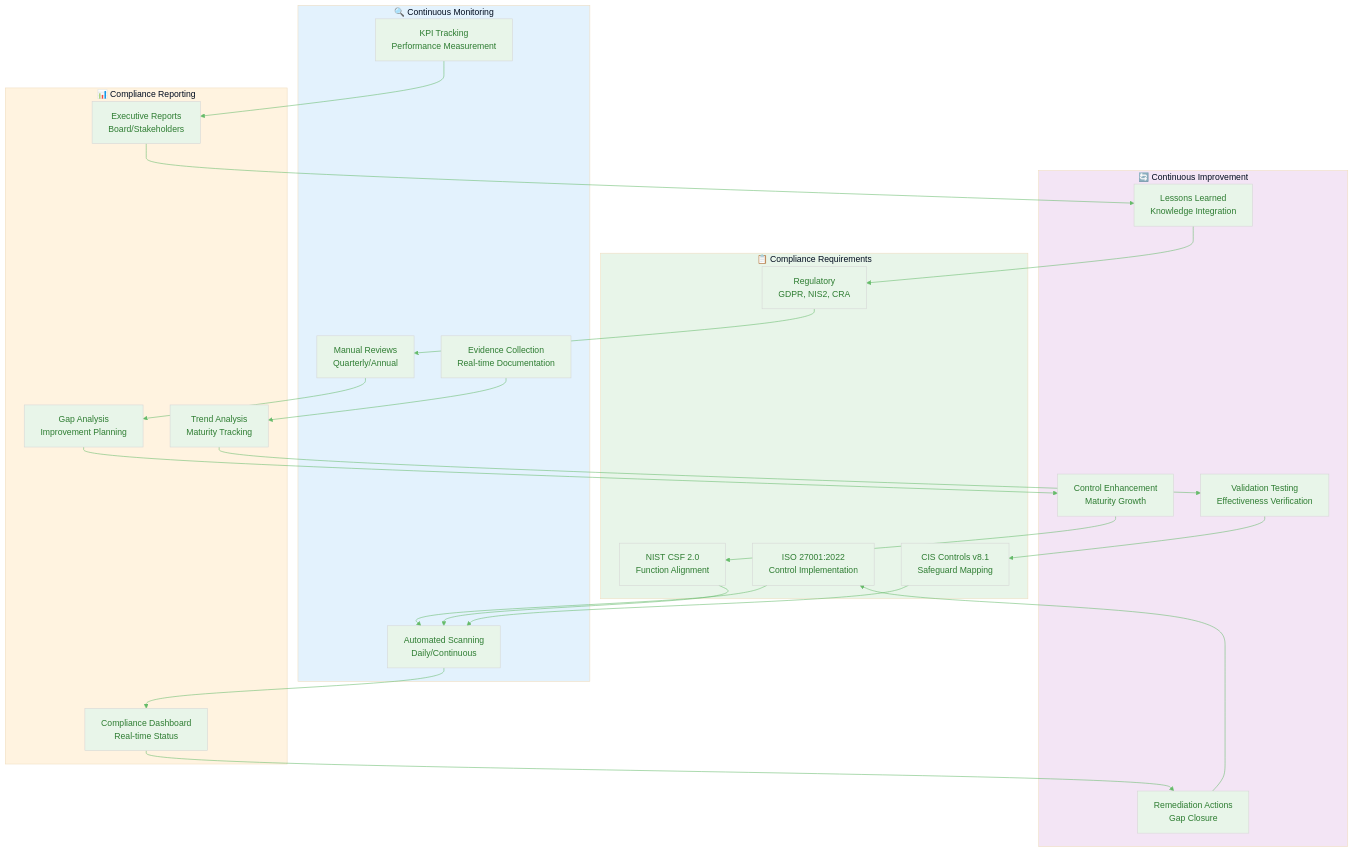
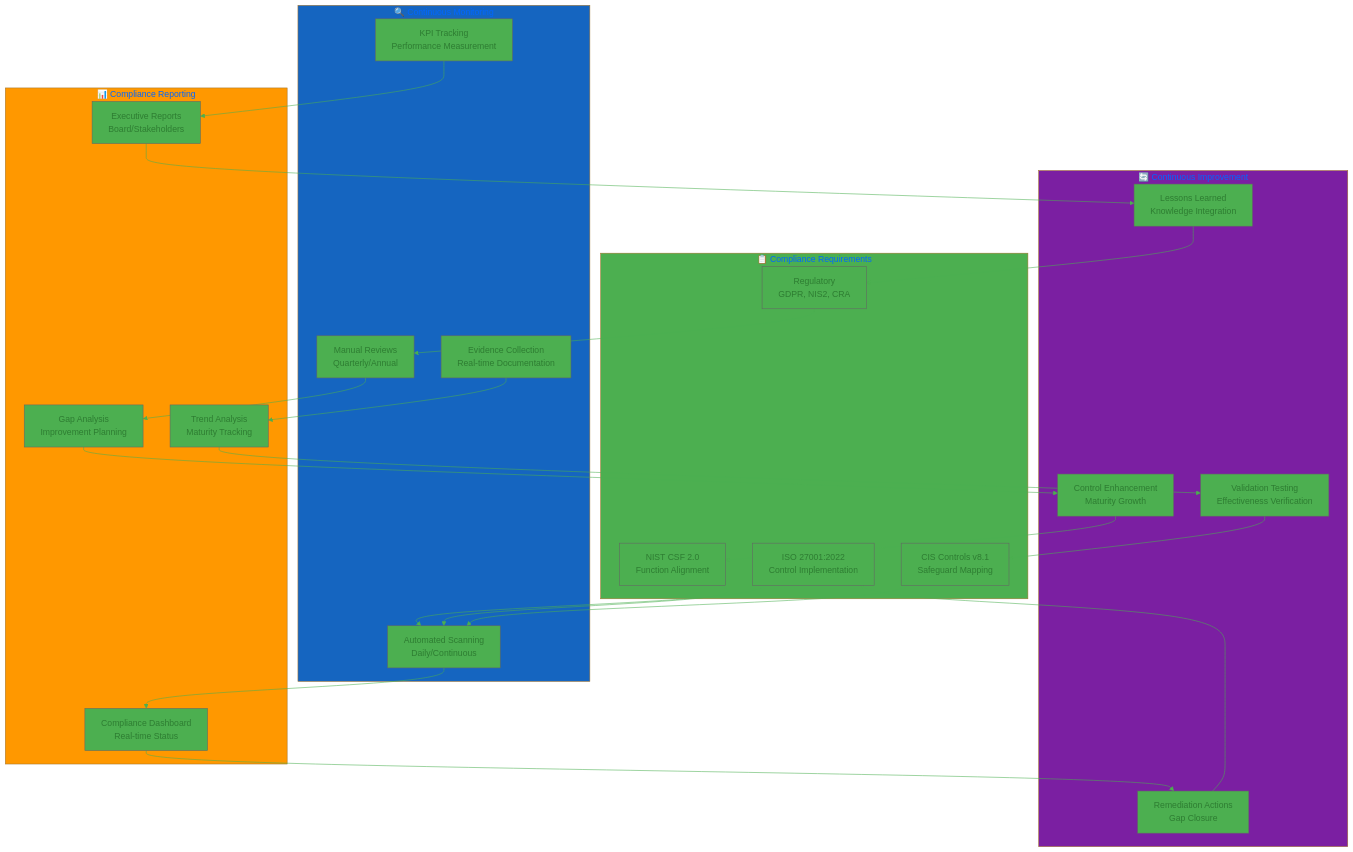
Before and after one commit to Hack23/ISMS-PUBLIC: the diagram in Security_Metrics.md, drawn with Mermaid. The commit also changed other lines of this file, not shown here.

````diff
--- a/Security_Metrics.md
+++ b/Security_Metrics.md
@@ -396,67 +577,67 @@
 ```mermaid
 %%{
   init: {
     'theme': 'base',
     'themeVariables': {
-      'primaryColor': '#e8f5e9',
+      'primaryColor': '#4CAF50',
       'primaryTextColor': '#2e7d32',
-      'lineColor': '#66bb6a',
-      'secondaryColor': '#e3f2fd',
-      'tertiaryColor': '#fff3e0'
+      'lineColor': '#4CAF50',
+      'secondaryColor': '#1565C0',
+      'tertiaryColor': '#FF9800'
     }
   }
 }%%
 flowchart TD
     subgraph REQUIREMENTS["📋 Compliance Requirements"]
         ISO[ISO 27001:2022<br/>Control Implementation]
         NIST[NIST CSF 2.0<br/>Function Alignment]
         CIS[CIS Controls v8.1<br/>Safeguard Mapping]
         REGULATORY[Regulatory<br/>GDPR, NIS2, CRA]
     end
     
     subgraph MONITORING["🔍 Continuous Monitoring"]
         AUTO[Automated Scanning<br/>Daily/Continuous]
         MANUAL[Manual Reviews<br/>Quarterly/Annual]
         EVIDENCE[Evidence Collection<br/>Real-time Documentation]
         METRICS[KPI Tracking<br/>Performance Measurement]
     end
     
     subgraph REPORTING["📊 Compliance Reporting"]
         DASHBOARD[Compliance Dashboard<br/>Real-time Status]
         GAPS[Gap Analysis<br/>Improvement Planning]
         TREND[Trend Analysis<br/>Maturity Tracking]
         EXECUTIVE[Executive Reports<br/>Board/Stakeholders]
     end
     
     subgraph IMPROVEMENT["🔄 Continuous Improvement"]
         REMEDIATION[Remediation Actions<br/>Gap Closure]
         ENHANCEMENT[Control Enhancement<br/>Maturity Growth]
         VALIDATION[Validation Testing<br/>Effectiveness Verification]
         LESSONS[Lessons Learned<br/>Knowledge Integration]
     end
     
     ISO --> AUTO
     NIST --> AUTO
     CIS --> AUTO
     REGULATORY --> MANUAL
     
     AUTO --> DASHBOARD
     MANUAL --> GAPS
     EVIDENCE --> TREND
     METRICS --> EXECUTIVE
     
     DASHBOARD --> REMEDIATION
     GAPS --> ENHANCEMENT
     TREND --> VALIDATION
     EXECUTIVE --> LESSONS
     
     REMEDIATION --> ISO
     ENHANCEMENT --> NIST
     VALIDATION --> CIS
     LESSONS --> REGULATORY
     
-    style REQUIREMENTS fill:#e8f5e9
-    style MONITORING fill:#e3f2fd
-    style REPORTING fill:#fff3e0
-    style IMPROVEMENT fill:#f3e5f5
+    style REQUIREMENTS fill:#4CAF50
+    style MONITORING fill:#1565C0
+    style REPORTING fill:#FF9800
+    style IMPROVEMENT fill:#7B1FA2
 ```
````
